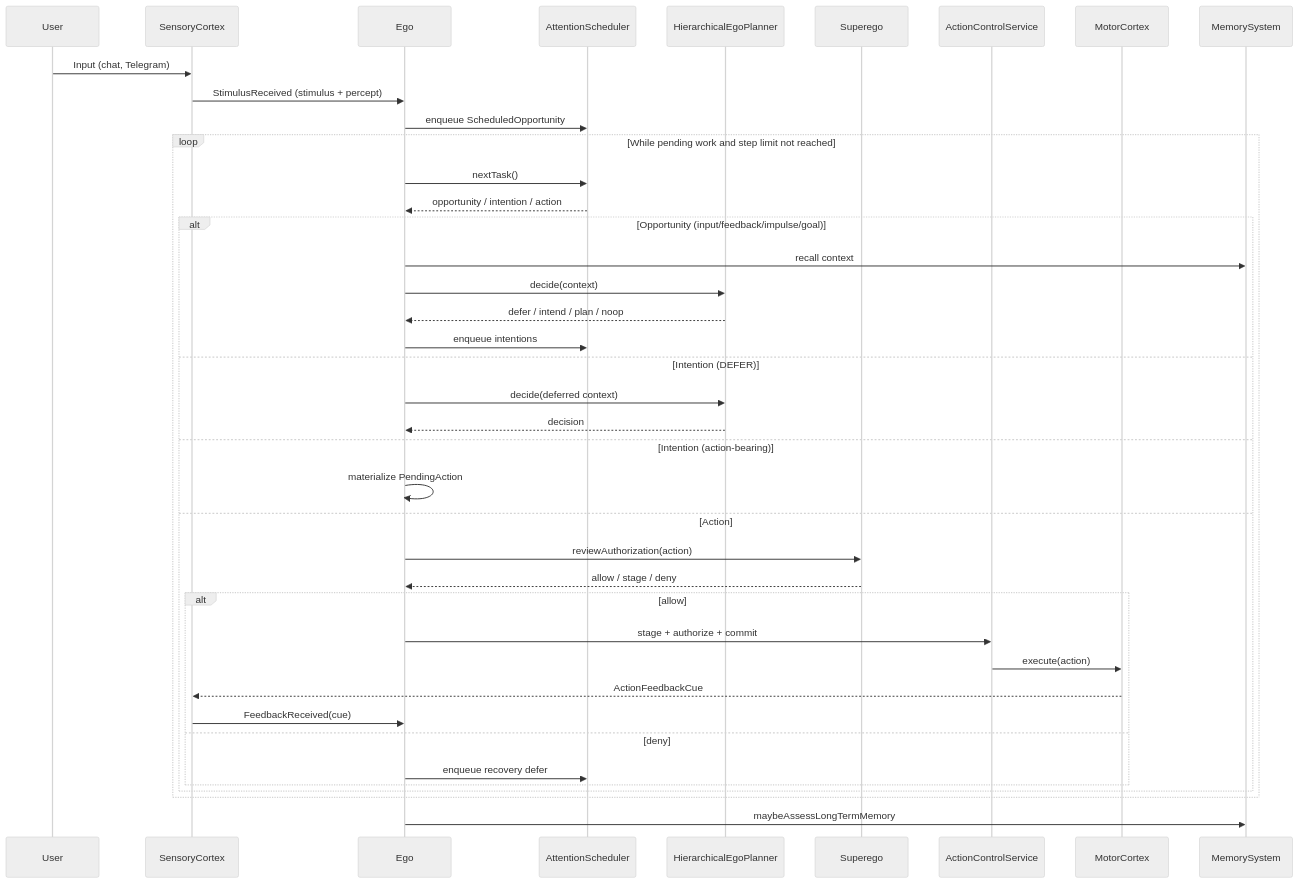
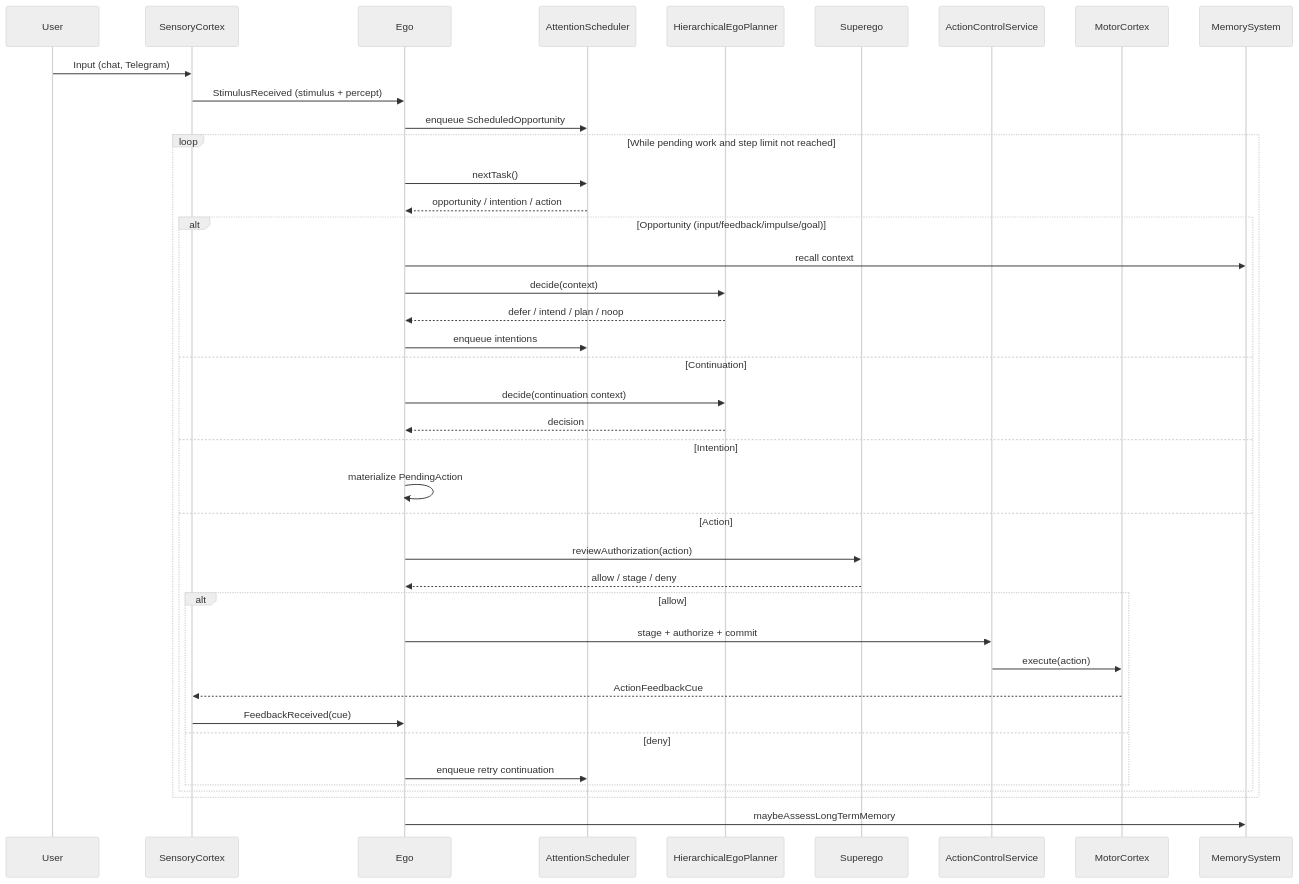
The third of 8 diagrams in AGENT_LOGIC_DIAGRAM.md (neopsyke/NeoPsyke), drawn with Mermaid (neutral theme) before and after one commit. The commit also changed other lines of this file and 75 other files, not shown here.

Commit message:
refactor(ego): replace deferred intentions with continuations

````diff
--- a/AGENT_LOGIC_DIAGRAM.md
+++ b/AGENT_LOGIC_DIAGRAM.md
@@ -145,46 +145,46 @@
 ```mermaid
 sequenceDiagram
     participant User
     participant SC as SensoryCortex
     participant Ego
     participant Sched as AttentionScheduler
     participant Planner as HierarchicalEgoPlanner
     participant Sup as Superego
     participant ACS as ActionControlService
     participant Motor as MotorCortex
     participant Mem as MemorySystem
 
     User->>SC: Input (chat, Telegram)
     SC->>Ego: StimulusReceived (stimulus + percept)
     Ego->>Sched: enqueue ScheduledOpportunity
 
     loop While pending work and step limit not reached
         Ego->>Sched: nextTask()
         Sched-->>Ego: opportunity / intention / action
 
         alt Opportunity (input/feedback/impulse/goal)
             Ego->>Mem: recall context
             Ego->>Planner: decide(context)
             Planner-->>Ego: defer / intend / plan / noop
             Ego->>Sched: enqueue intentions
-        else Intention (DEFER)
-            Ego->>Planner: decide(deferred context)
+        else Continuation
+            Ego->>Planner: decide(continuation context)
             Planner-->>Ego: decision
-        else Intention (action-bearing)
+        else Intention
             Ego->>Ego: materialize PendingAction
         else Action
             Ego->>Sup: reviewAuthorization(action)
             Sup-->>Ego: allow / stage / deny
             alt allow
                 Ego->>ACS: stage + authorize + commit
                 ACS->>Motor: execute(action)
                 Motor-->>SC: ActionFeedbackCue
                 SC->>Ego: FeedbackReceived(cue)
             else deny
-                Ego->>Sched: enqueue recovery defer
+                Ego->>Sched: enqueue retry continuation
             end
         end
     end
 
     Ego->>Mem: maybeAssessLongTermMemory
 ```
````
